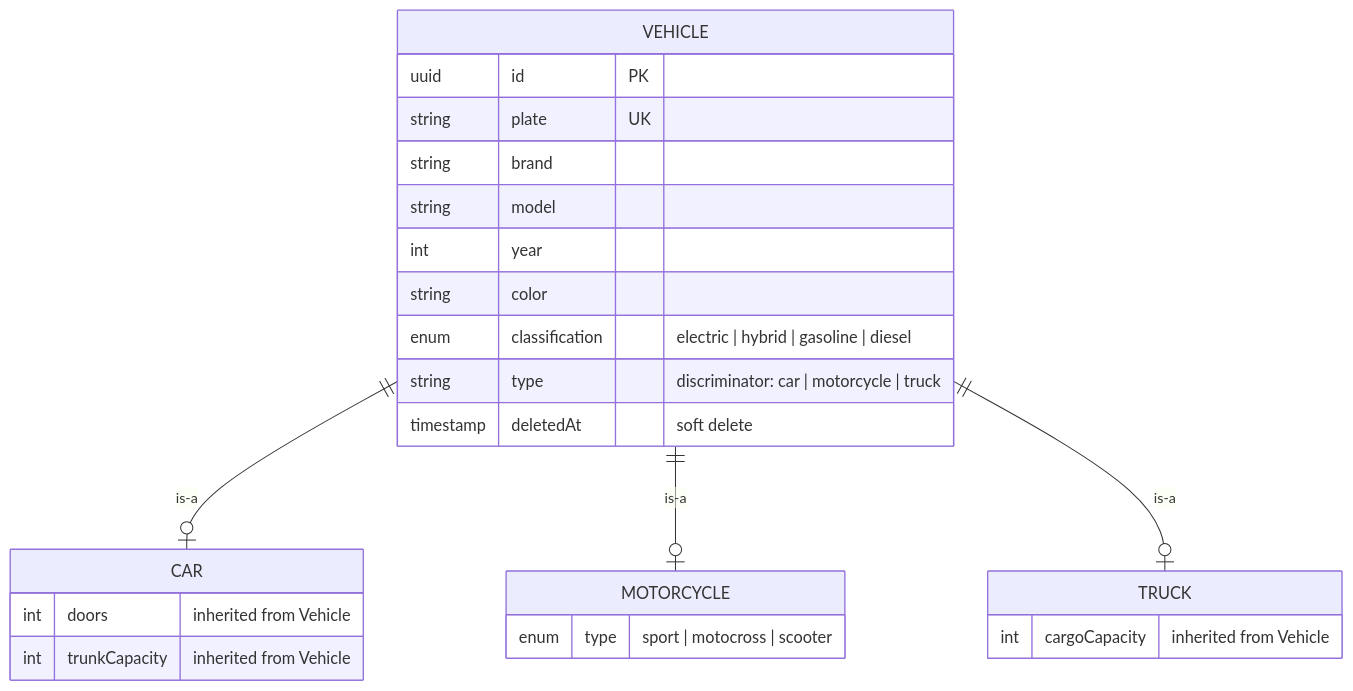
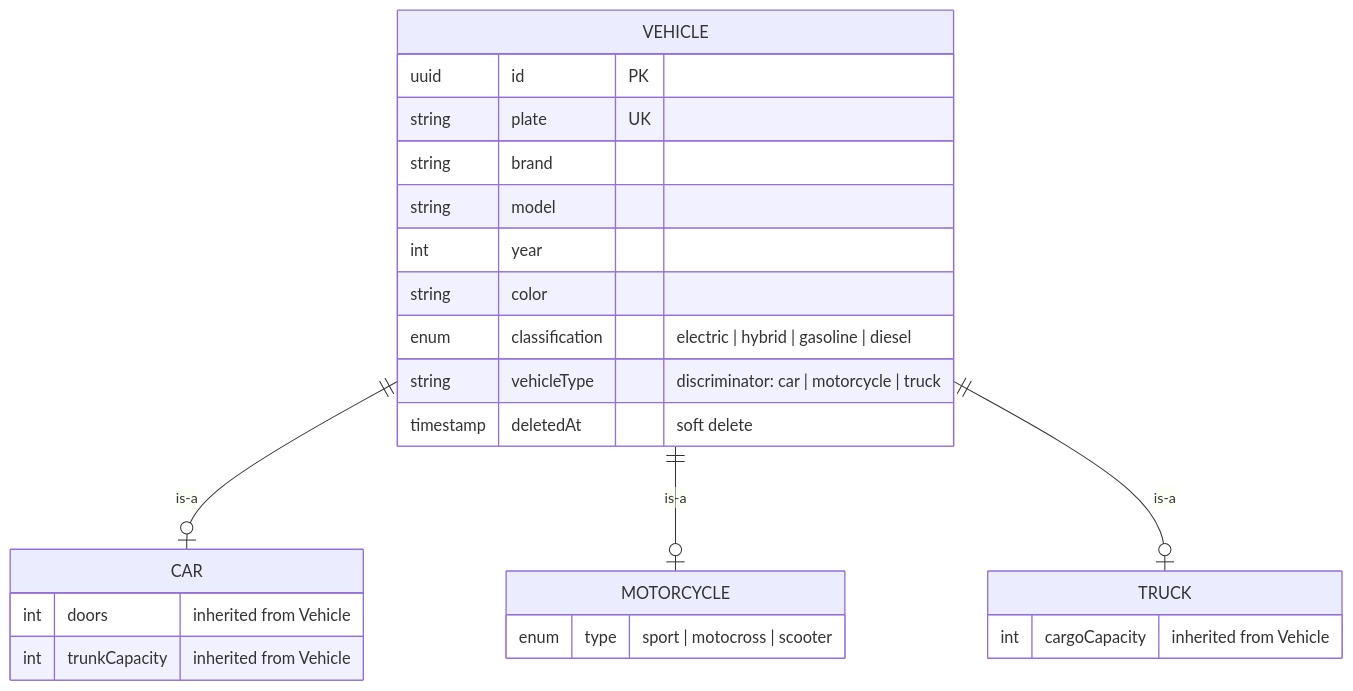
The diagram in docs/vehicles/data-model.md (JulioViche/reservas-espe), drawn with Mermaid before and after one commit. The commit also changed other lines of this file and 4 other files, not shown here.

````diff
--- a/docs/vehicles/data-model.md
+++ b/docs/vehicles/data-model.md
@@ -3,31 +3,31 @@
 ```mermaid
 erDiagram
     VEHICLE {
         uuid id PK
         string plate UK
         string brand
         string model
         int year
         string color
         enum classification "electric | hybrid | gasoline | diesel"
-        string type "discriminator: car | motorcycle | truck"
+        string vehicleType "discriminator: car | motorcycle | truck"
         timestamp deletedAt "soft delete"
     }
 
     VEHICLE ||--o| CAR : is-a
     VEHICLE ||--o| MOTORCYCLE : is-a
     VEHICLE ||--o| TRUCK : is-a
 
     CAR {
         int doors "inherited from Vehicle"
         int trunkCapacity "inherited from Vehicle"
     }
 
     MOTORCYCLE {
         enum type "sport | motocross | scooter"
     }
 
     TRUCK {
         int cargoCapacity "inherited from Vehicle"
     }
 ```
````
